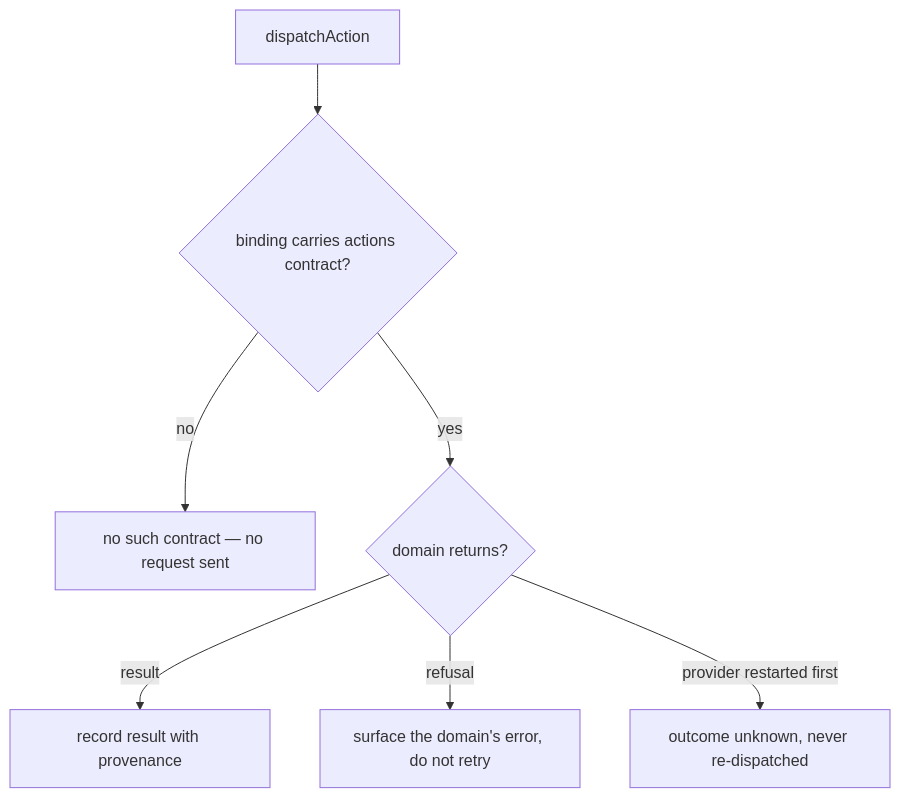
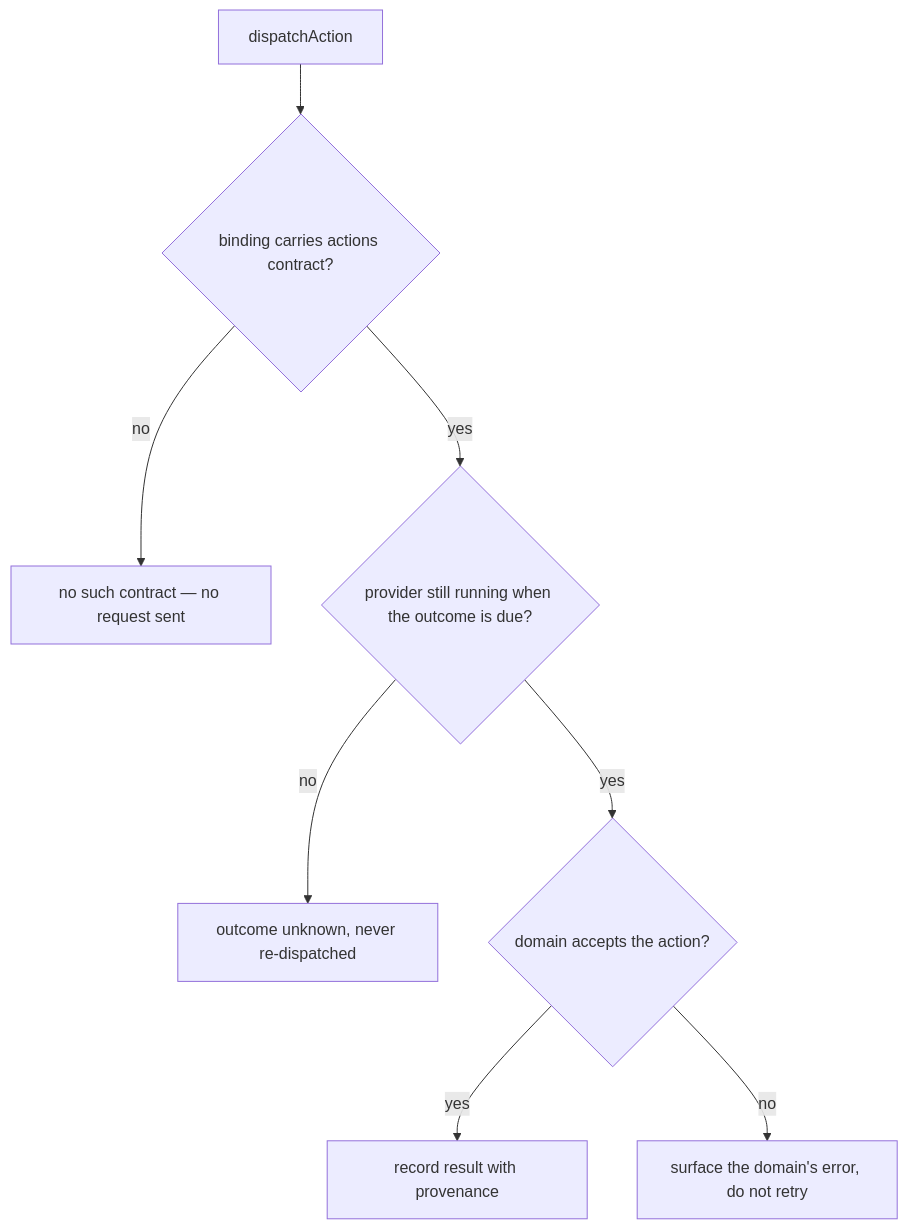
Before and after one commit to cyberuni/cyber-truss: the fifth of 6 diagrams in packages/command-center/.agents/spec/integration/extension-contract/README.md, drawn with Mermaid. The commit also changed other lines of this file and 2 other files, not shown here.

````diff
--- a/packages/command-center/.agents/spec/integration/extension-contract/README.md
+++ b/packages/command-center/.agents/spec/integration/extension-contract/README.md
@@ -222,9 +230,10 @@
 ```mermaid
 graph TD
   K[dispatchAction] --> L{binding carries actions contract?}
   L -->|no| M[no such contract — no request sent]
-  L -->|yes| N{domain returns?}
-  N -->|result| O[record result with provenance]
-  N -->|refusal| P[surface the domain's error, do not retry]
-  N -->|provider restarted first| Q[outcome unknown, never re-dispatched]
+  L -->|yes| N{provider still running when the outcome is due?}
+  N -->|no| Q[outcome unknown, never re-dispatched]
+  N -->|yes| N2{domain accepts the action?}
+  N2 -->|yes| O[record result with provenance]
+  N2 -->|no| P[surface the domain's error, do not retry]
 ```
````
